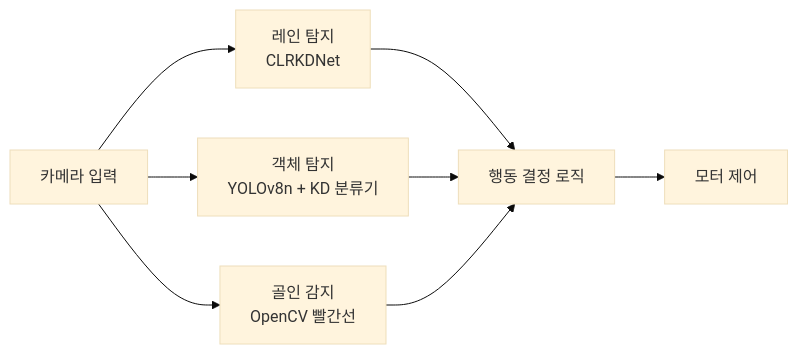
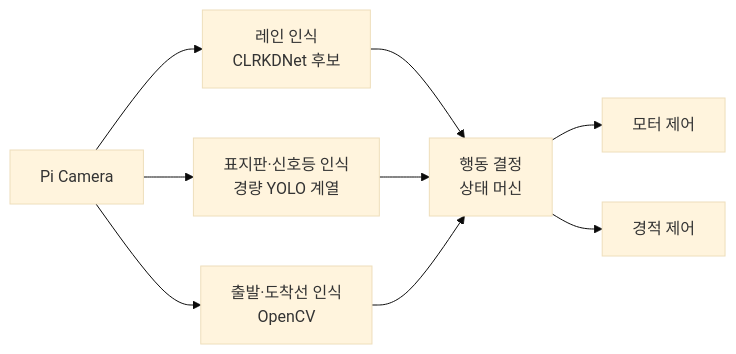
One commit to u-nsiq/u-nsiq.github.io changed the diagram in content/Posts/Projects/Embedded AI Car/Log 02_아키텍처 설계.md. Above: the diagram before and after it, drawn with Mermaid (base theme). The commit also changed other lines of this file and 74 other files, not shown here.

````diff
--- a/content/Posts/Projects/Embedded AI Car/Log 02_아키텍처 설계.md
+++ b/content/Posts/Projects/Embedded AI Car/Log 02_아키텍처 설계.md
@@ -195,11 +149,13 @@
 ```mermaid
 flowchart LR
-    Cam[카메라 입력] --> Lane[레인 탐지<br/>CLRKDNet]
-    Cam --> Obj[객체 탐지<br/>YOLOv8n + KD 분류기]
-    Cam --> Red[골인 감지<br/>OpenCV 빨간선]
+    Camera["Pi Camera"] --> Lane["레인 인식<br/>CLRKDNet 후보"]
+    Camera --> Event["표지판·신호등 인식<br/>경량 YOLO 계열"]
+    Camera --> Redline["출발·도착선 인식<br/>OpenCV"]
 
-    Lane --> Decide[행동 결정 로직]
-    Obj --> Decide
-    Red --> Decide
-    Decide --> Motor[모터 제어]
+    Lane --> Decision["행동 결정<br/>상태 머신"]
+    Event --> Decision
+    Redline --> Decision
+
+    Decision --> Motor["모터 제어"]
+    Decision --> Horn["경적 제어"]
 ```
````
